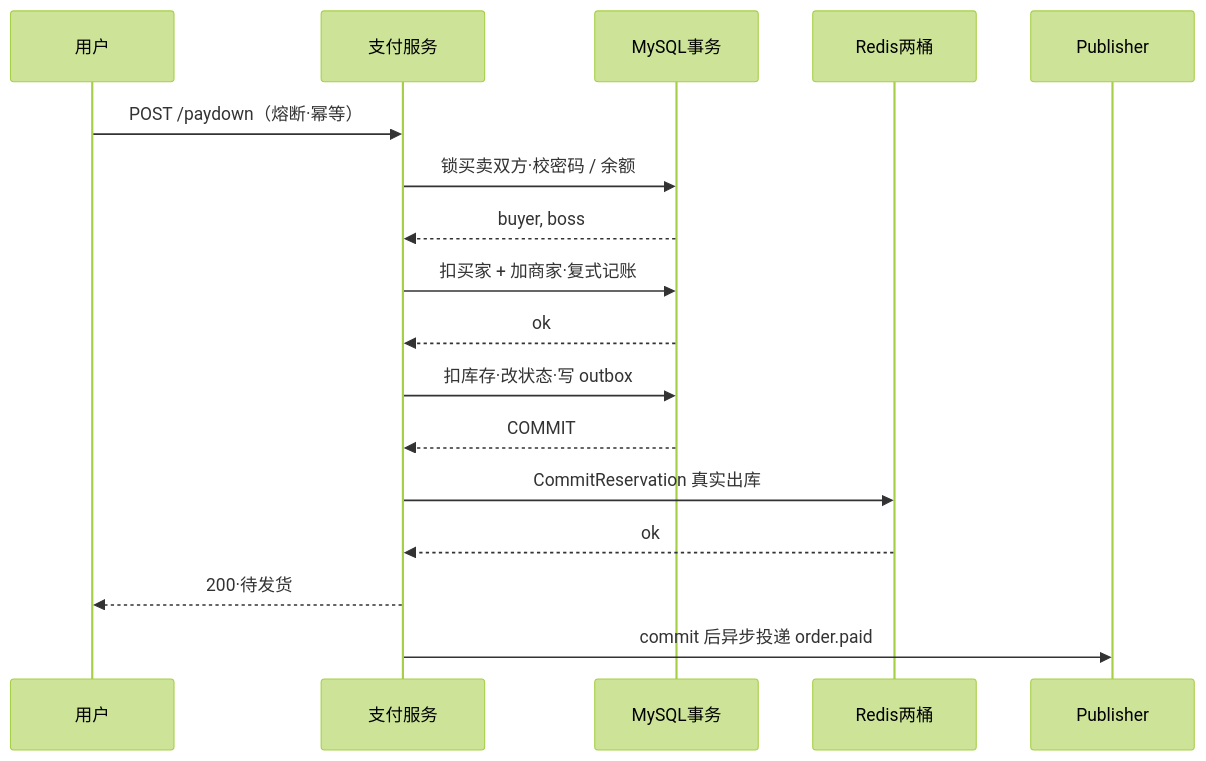
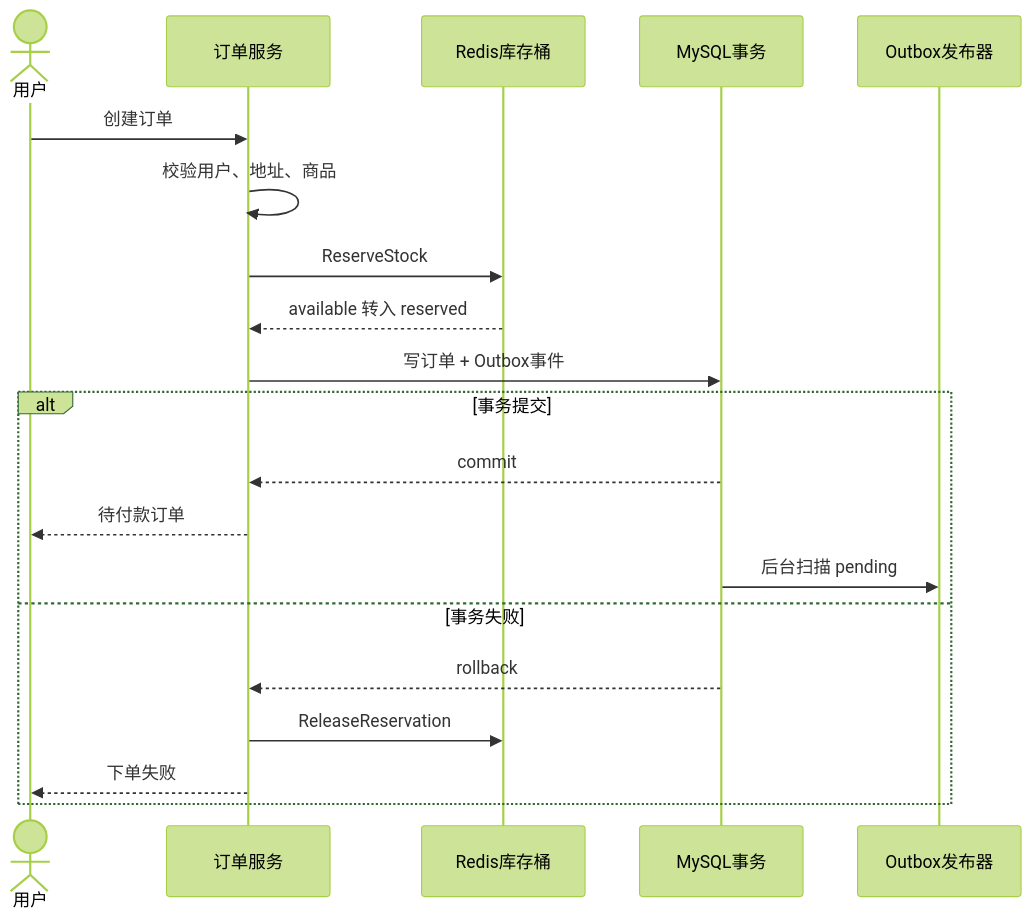
One commit to RedInn7/gomall changed the fourth of 7 diagrams in docs/lecture/00-overview.md. Above: the diagram before and after it, drawn with Mermaid (forest theme). The commit also changed other lines of this file and 2 other files, not shown here.

````diff
--- a/docs/lecture/00-overview.md
+++ b/docs/lecture/00-overview.md
@@ -253,19 +94,22 @@
 ```mermaid
 sequenceDiagram
-    participant U as 用户
-    participant API as 支付服务
-    participant DB as MySQL事务
-    participant R as Redis两桶
-    participant MQ as Publisher
-    U->>API: POST /paydown（熔断·幂等）
-    API->>DB: 锁买卖双方·校密码 / 余额
-    DB-->>API: buyer, boss
-    API->>DB: 扣买家 + 加商家·复式记账
-    DB-->>API: ok
-    API->>DB: 扣库存·改状态·写 outbox
-    DB-->>API: COMMIT
-    API->>R: CommitReservation 真实出库
-    R-->>API: ok
-    API-->>U: 200·待发货
-    API->>MQ: commit 后异步投递 order.paid
+    actor U as 用户
+    participant O as 订单服务
+    participant R as Redis库存桶
+    participant D as MySQL事务
+    participant P as Outbox发布器
+    U->>O: 创建订单
+    O->>O: 校验用户、地址、商品
+    O->>R: ReserveStock
+    R-->>O: available 转入 reserved
+    O->>D: 写订单 + Outbox事件
+    alt 事务提交
+        D-->>O: commit
+        O-->>U: 待付款订单
+        D->>P: 后台扫描 pending
+    else 事务失败
+        D-->>O: rollback
+        O->>R: ReleaseReservation
+        O-->>U: 下单失败
+    end
 ```
````
